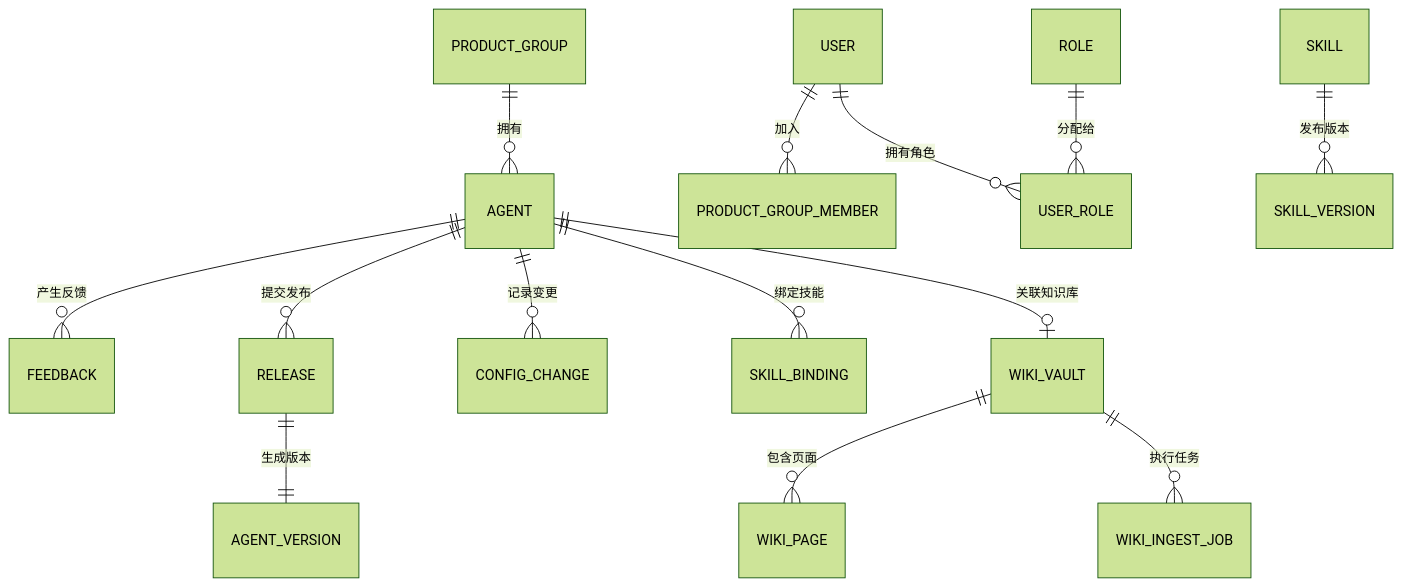
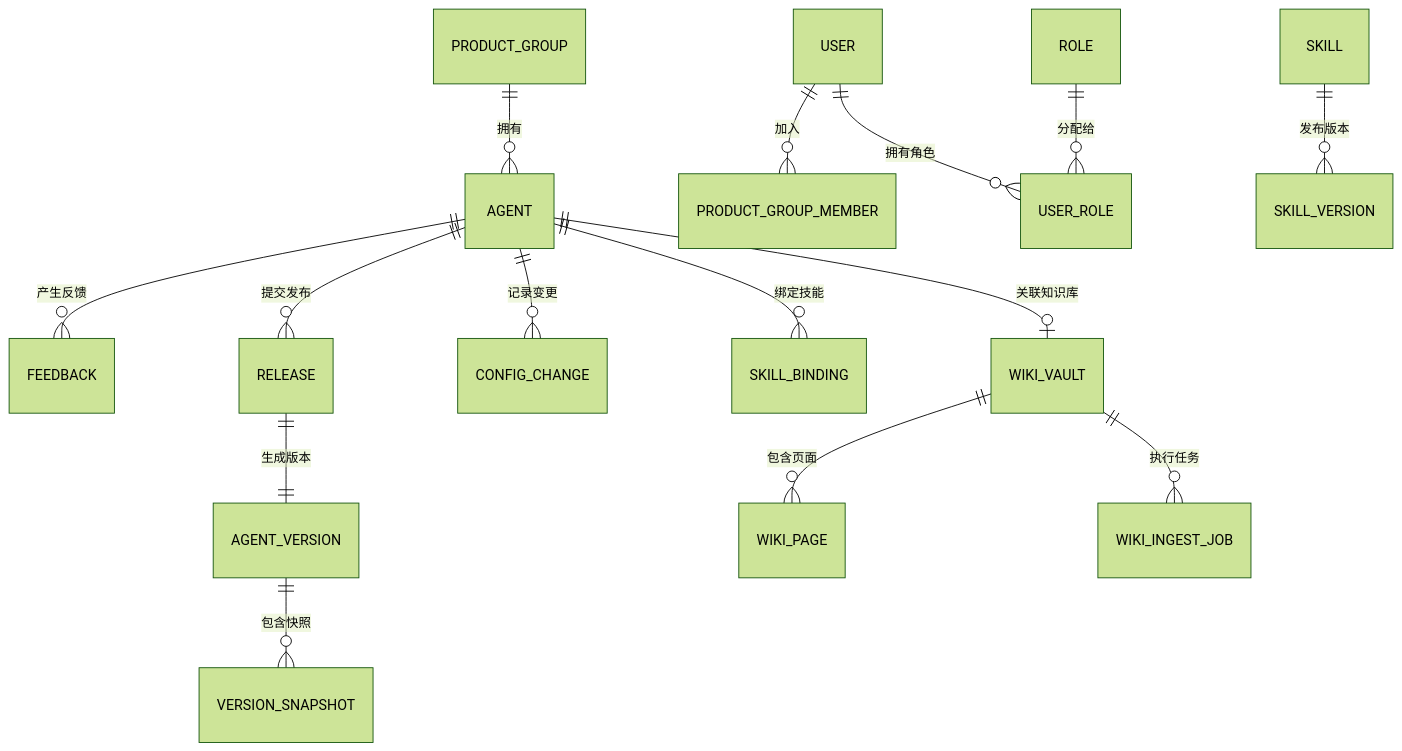
Before and after one commit to ai-guru-global/agent-up: the fourth of 4 diagrams in .qoder/repowiki/zh/content/API 接口文档.md, drawn with Mermaid (forest theme). The commit also changed other lines of this file and 59 other files, not shown here.

````diff
--- a/.qoder/repowiki/zh/content/API 接口文档.md
+++ b/.qoder/repowiki/zh/content/API 接口文档.md
@@ -676,16 +814,17 @@
 ```mermaid
 erDiagram
 PRODUCT_GROUP ||--o{ AGENT : "拥有"
 USER ||--o{ PRODUCT_GROUP_MEMBER : "加入"
 USER ||--o{ USER_ROLE : "拥有角色"
 ROLE ||--o{ USER_ROLE : "分配给"
 AGENT ||--o{ FEEDBACK : "产生反馈"
 AGENT ||--o{ RELEASE : "提交发布"
 RELEASE ||--|| AGENT_VERSION : "生成版本"
 AGENT ||--o{ CONFIG_CHANGE : "记录变更"
 AGENT ||--o{ SKILL_BINDING : "绑定技能"
 SKILL ||--o{ SKILL_VERSION : "发布版本"
 WIKI_VAULT ||--o{ WIKI_PAGE : "包含页面"
 WIKI_VAULT ||--o{ WIKI_INGEST_JOB : "执行任务"
 AGENT ||--o| WIKI_VAULT : "关联知识库"
+AGENT_VERSION ||--o{ VERSION_SNAPSHOT : "包含快照"
 ```
````
